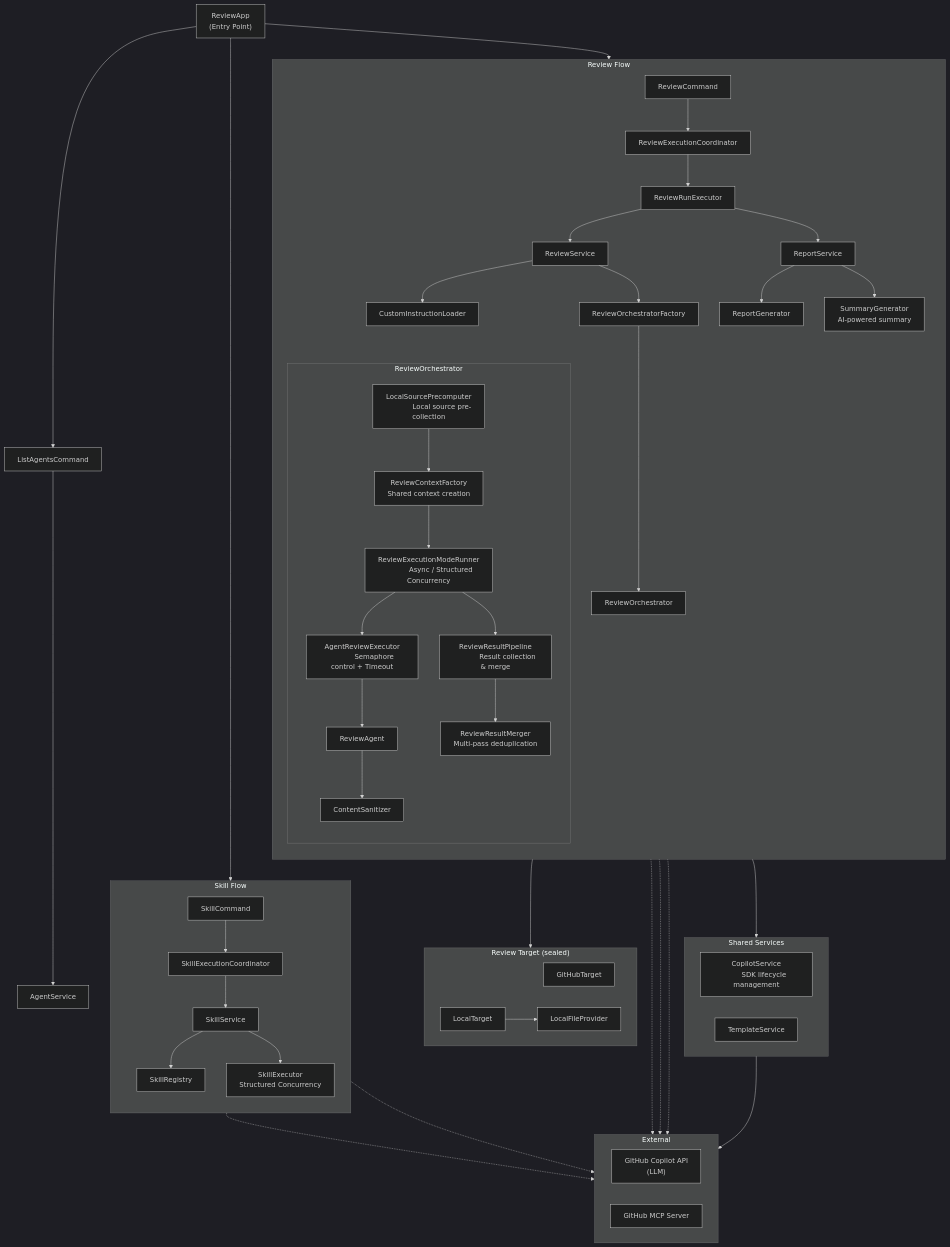
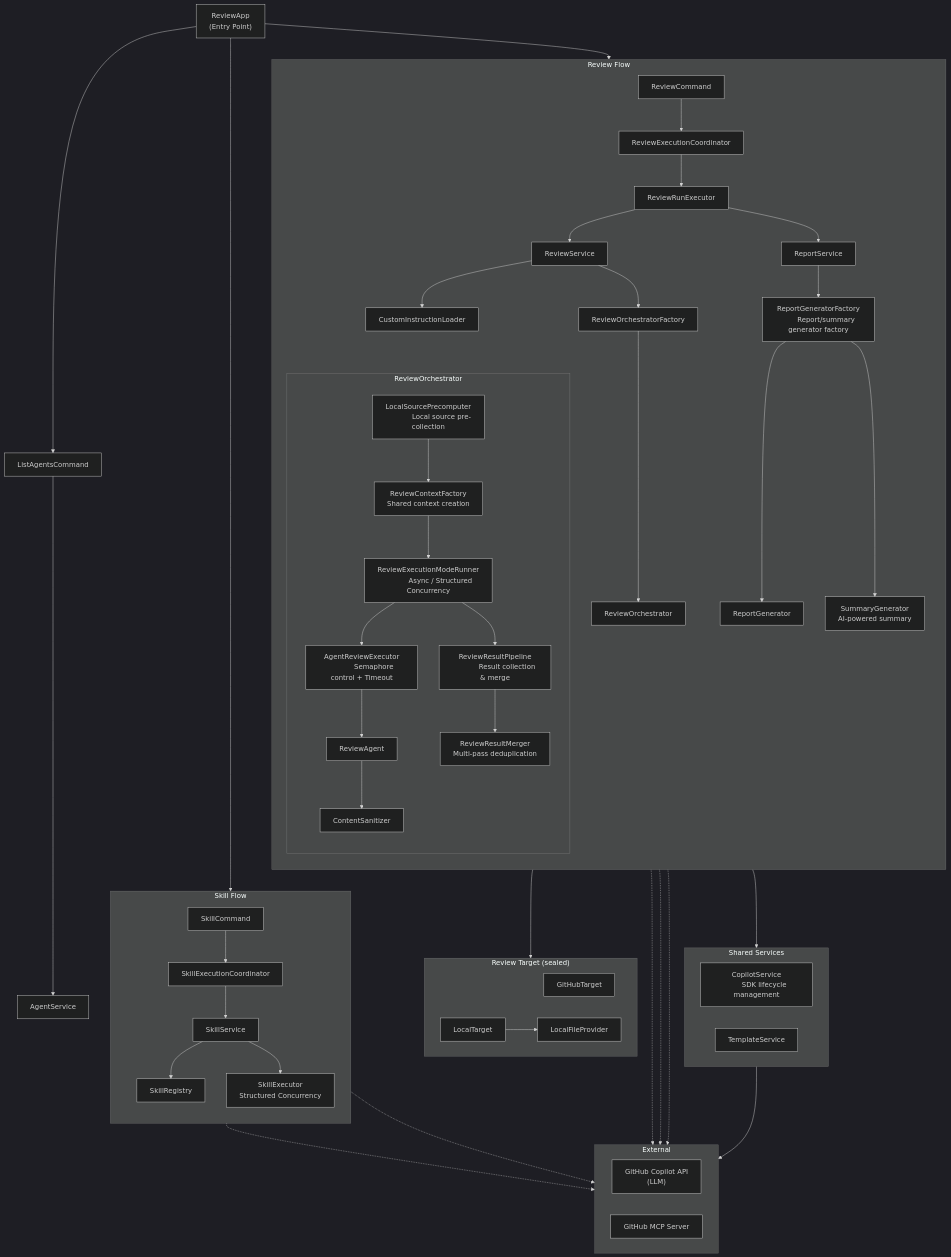
Before and after one commit to anishi1222/multi-agent-code-reviewer-java: the diagram in README_en.md, drawn with Mermaid (dark theme). The commit also changed other lines of this file and 11 other files, not shown here.

```diff
--- a/README_en.md
+++ b/README_en.md
@@ -719,8 +719,10 @@
         end
 
         ReviewRunExecutor --> ReportService
-        ReportService --> ReportGenerator
-        ReportService --> SummaryGenerator["SummaryGenerator
+        ReportService --> ReportGeneratorFactory["ReportGeneratorFactory
+        Report/summary generator factory"]
+        ReportGeneratorFactory --> ReportGenerator
+        ReportGeneratorFactory --> SummaryGenerator["SummaryGenerator
         AI-powered summary"]
     end
 
```
